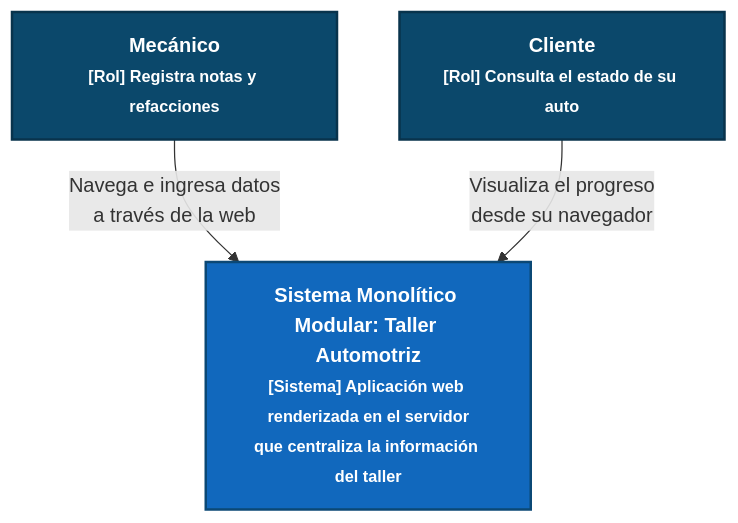
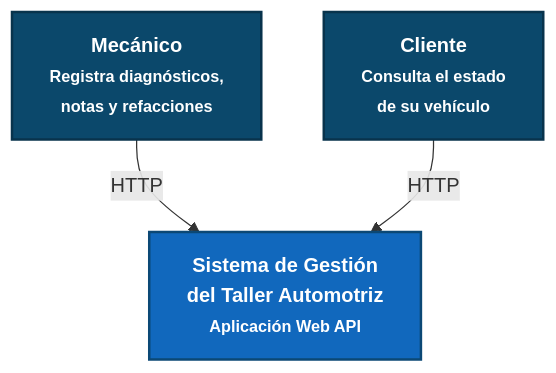
One commit to Patricio-Medina-Batun/ADR_Patricio changed the first of 3 diagrams in README.md. Above: the diagram before and after it, drawn with Mermaid. The commit also changed other lines of this file, not shown here.

````diff
--- a/README.md
+++ b/README.md
@@ -73,13 +215,15 @@
 ```mermaid
 flowchart TD
-    classDef person fill:#0b486b,stroke:#08334c,color:white,font-weight:bold,stroke-width:2px;
-    classDef system fill:#1168bd,stroke:#0b4875,color:white,font-weight:bold,stroke-width:2px;
 
-    mecanico["Mecánico<br><font size=2>[Rol] Registra notas y refacciones</font>"]:::person
-    cliente["Cliente<br><font size=2>[Rol] Consulta el estado de su auto</font>"]:::person
-    
-    taller["Sistema Monolítico Modular: Taller Automotriz<br><font size=2>[Sistema] Aplicación web renderizada en el servidor<br>que centraliza la información del taller</font>"]:::system
+classDef person fill:#0b486b,stroke:#08334c,color:white,font-weight:bold,stroke-width:2px;
+classDef system fill:#1168bd,stroke:#0b4875,color:white,font-weight:bold,stroke-width:2px;
 
-    mecanico --> |"Navega e ingresa datos<br>a través de la web"| taller
-    cliente --> |"Visualiza el progreso<br>desde su navegador"| taller
+mecanico["Mecánico<br><font size=2>Registra diagnósticos,<br/>notas y refacciones</font>"]:::person
+
+cliente["Cliente<br><font size=2>Consulta el estado<br/>de su vehículo</font>"]:::person
+
+sistema["Sistema de Gestión<br/>del Taller Automotriz<br/><font size=2>Aplicación Web API</font>"]:::system
+
+mecanico -->|"HTTP"| sistema
+cliente -->|"HTTP"| sistema
 ```
````
